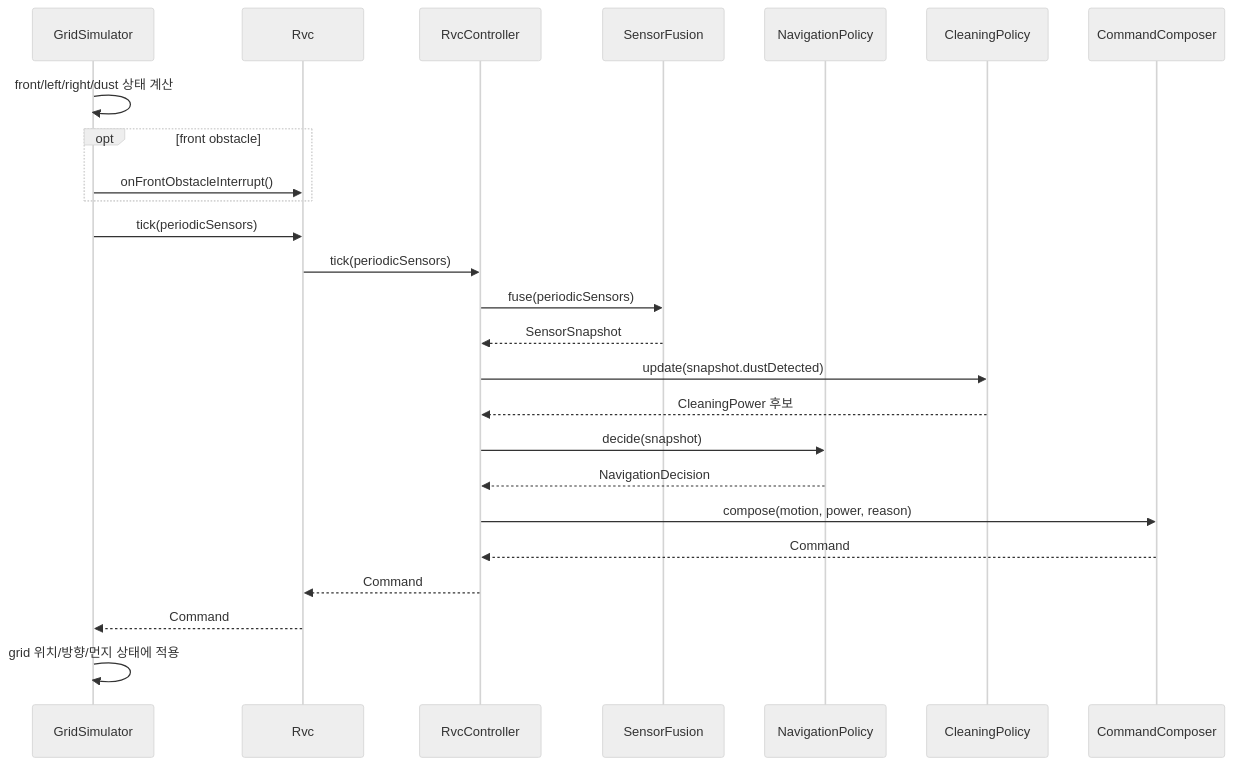
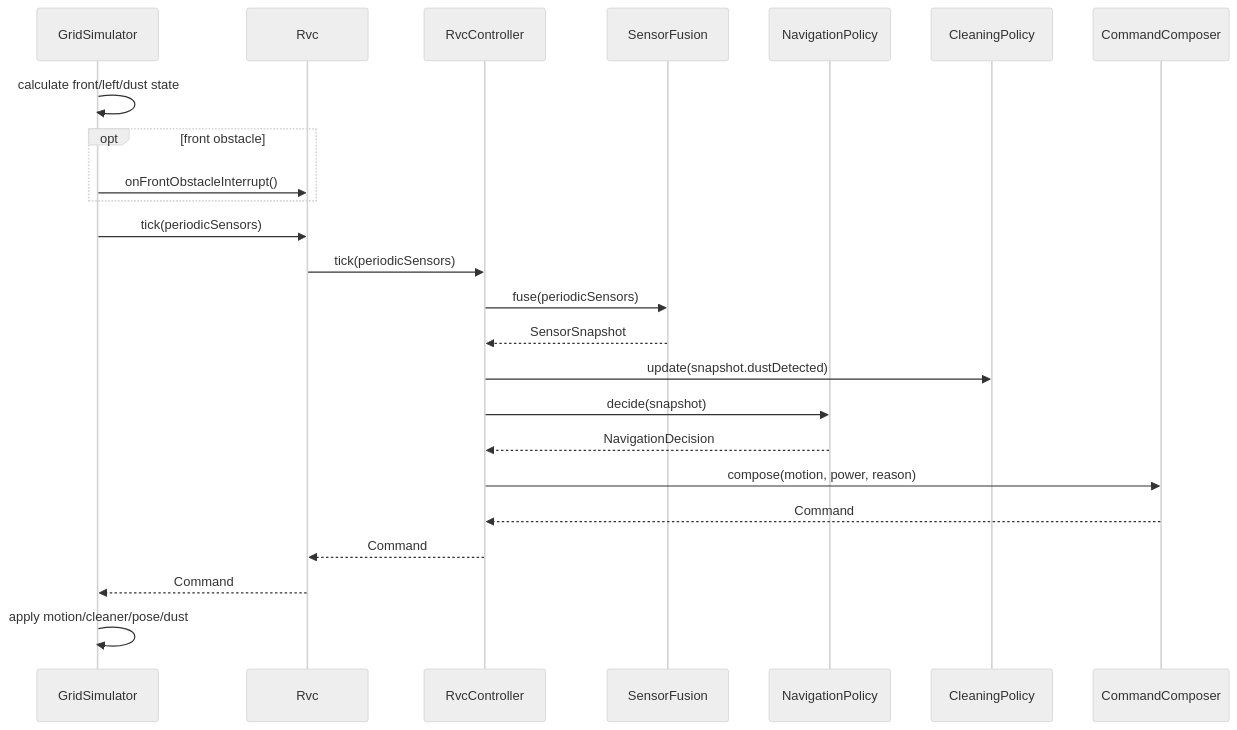
One commit to reload02/ooad-vibe changed the second of 2 diagrams in docs/sdd.md. Above: the diagram before and after it, drawn with Mermaid (neutral theme). The commit also changed other lines of this file and 22 other files, not shown here.

````diff
--- a/docs/sdd.md
+++ b/docs/sdd.md
@@ -48,28 +40,27 @@
 ```mermaid
 sequenceDiagram
     participant Sim as GridSimulator
     participant RVC as Rvc
     participant Ctrl as RvcController
     participant Fusion as SensorFusion
     participant Nav as NavigationPolicy
     participant Clean as CleaningPolicy
     participant Compose as CommandComposer
 
-    Sim->>Sim: front/left/right/dust 상태 계산
+    Sim->>Sim: calculate front/left/dust state
     opt front obstacle
         Sim->>RVC: onFrontObstacleInterrupt()
     end
     Sim->>RVC: tick(periodicSensors)
     RVC->>Ctrl: tick(periodicSensors)
     Ctrl->>Fusion: fuse(periodicSensors)
     Fusion-->>Ctrl: SensorSnapshot
     Ctrl->>Clean: update(snapshot.dustDetected)
-    Clean-->>Ctrl: CleaningPower 후보
     Ctrl->>Nav: decide(snapshot)
     Nav-->>Ctrl: NavigationDecision
     Ctrl->>Compose: compose(motion, power, reason)
     Compose-->>Ctrl: Command
     Ctrl-->>RVC: Command
     RVC-->>Sim: Command
-    Sim->>Sim: grid 위치/방향/먼지 상태에 적용
+    Sim->>Sim: apply motion/cleaner/pose/dust
 ```
````
